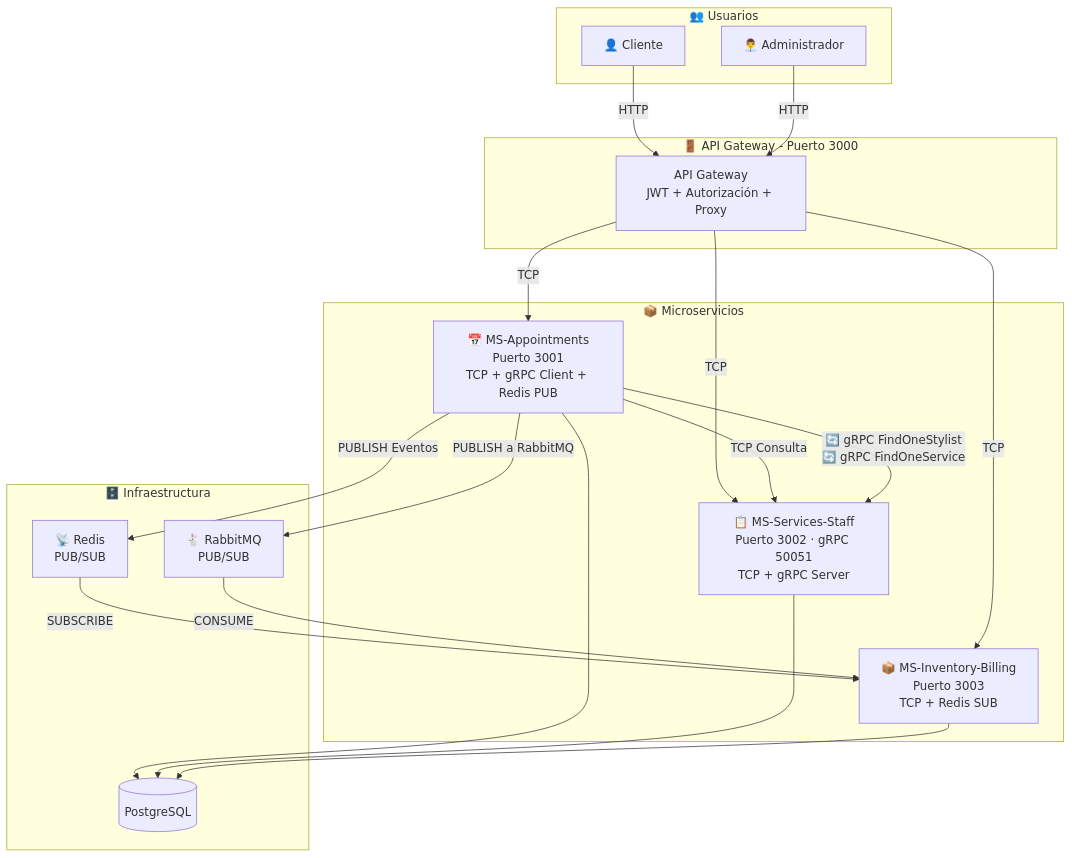
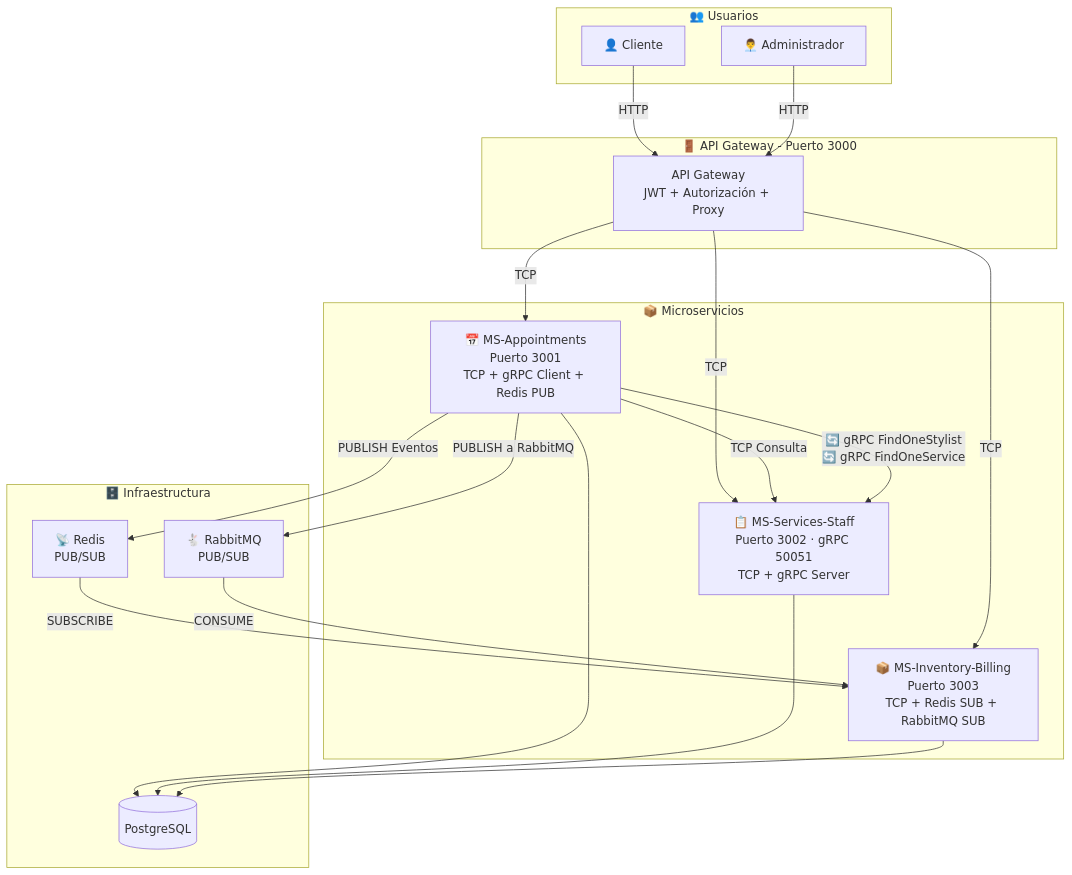
One commit to AlexDaniel593/barber-flow changed the first of 2 diagrams in README.md. Above: the diagram before and after it, drawn with Mermaid. The commit also changed other lines of this file, not shown here.

Commit message:
docs(readme): documentar contrato gRPC, segundo transporte RabbitMQ y tabla comparativa del Avance 2

````diff
--- a/README.md
+++ b/README.md
@@ -115,42 +115,42 @@
 ```mermaid
 graph TB
     subgraph "👥 Usuarios"
         C[👤 Cliente]
         A[👨‍💼 Administrador]
     end
 
     subgraph "🚪 API Gateway - Puerto 3000"
         G[API Gateway<br/>JWT + Autorización + Proxy]
     end
 
     subgraph "📦 Microservicios"
         MS1[📅 MS-Appointments<br/>Puerto 3001<br/>TCP + gRPC Client + Redis PUB]
         MS2[📋 MS-Services-Staff<br/>Puerto 3002 · gRPC 50051<br/>TCP + gRPC Server]
-        MS3[📦 MS-Inventory-Billing<br/>Puerto 3003<br/>TCP + Redis SUB]
+        MS3[📦 MS-Inventory-Billing<br/>Puerto 3003<br/>TCP + Redis SUB + RabbitMQ SUB]
     end
 
     subgraph "🗄️ Infraestructura"
         DB[(PostgreSQL)]
         R[📡 Redis<br/>PUB/SUB]
         MQ[🐇 RabbitMQ<br/>PUB/SUB]
     end
 
     C -->|HTTP| G
     A -->|HTTP| G
     
     G -->|TCP| MS1
     G -->|TCP| MS2
     G -->|TCP| MS3
     
     MS1 -->|TCP Consulta| MS2
     MS1 -->|🔄 gRPC FindOneStylist<br/>🔄 gRPC FindOneService| MS2
     MS1 -->|PUBLISH Eventos| R
     R -->|SUBSCRIBE| MS3
     
     MS1 -->|PUBLISH a RabbitMQ| MQ
     MQ -->|CONSUME| MS3
     
     MS1 --> DB
     MS2 --> DB
     MS3 --> DB
 ```
````
